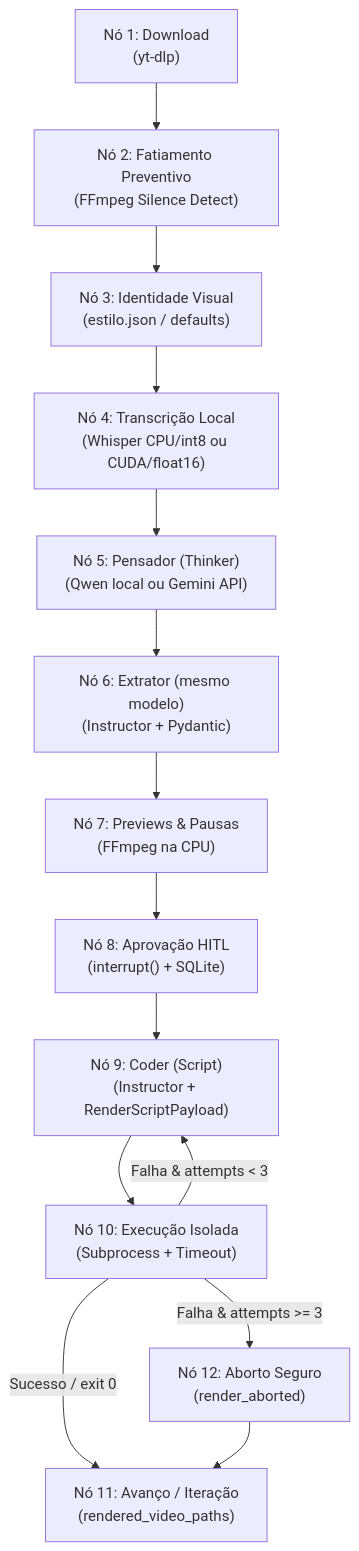
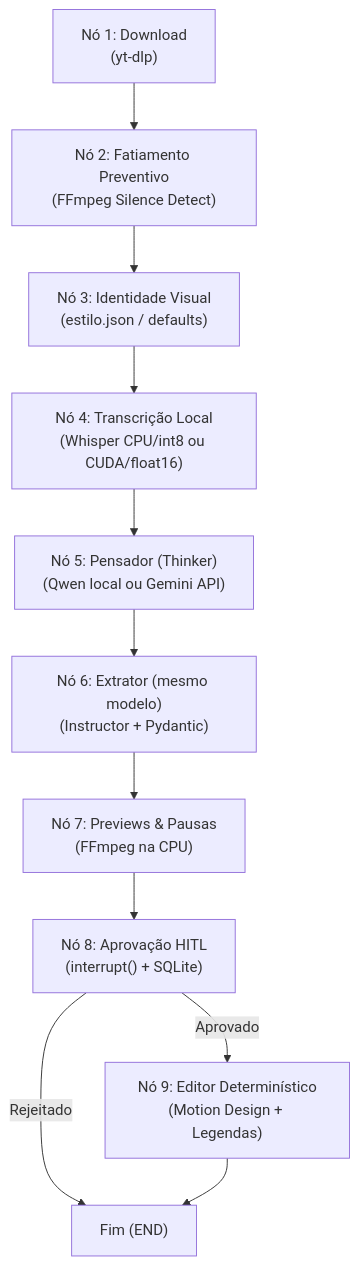
One commit to SegantinDavi/agent-clipper changed the diagram in AGENTS.md. Above: the diagram before and after it, drawn with Mermaid. The commit also changed other lines of this file and 18 other files, not shown here.

Commit message:
feat(020): restore deterministic editor engine with native motion design

````diff
--- a/AGENTS.md
+++ b/AGENTS.md
@@ -125,17 +126,14 @@
 ```mermaid
 graph TD
     Z["Nó 1: Download<br>(yt-dlp)"] --> A["Nó 2: Fatiamento Preventivo<br>(FFmpeg Silence Detect)"]
     A --> S["Nó 3: Identidade Visual<br>(estilo.json / defaults)"]
     S --> B["Nó 4: Transcrição Local<br>(Whisper CPU/int8 ou CUDA/float16)"]
     B --> C["Nó 5: Pensador (Thinker)<br>(Qwen local ou Gemini API)"]
     C --> D["Nó 6: Extrator (mesmo modelo)<br>(Instructor + Pydantic)"]
     D --> E["Nó 7: Previews & Pausas<br>(FFmpeg na CPU)"]
     E --> F["Nó 8: Aprovação HITL<br>(interrupt() + SQLite)"]
-    F --> G["Nó 9: Coder (Script)<br>(Instructor + RenderScriptPayload)"]
-    G --> H["Nó 10: Execução Isolada<br>(Subprocess + Timeout)"]
-    H -->|Sucesso / exit 0| I["Nó 11: Avanço / Iteração<br>(rendered_video_paths)"]
-    H -->|Falha & attempts < 3| G
-    H -->|Falha & attempts >= 3| J["Nó 12: Aborto Seguro<br>(render_aborted)"]
-    J --> I
+    F -->|Aprovado| G["Nó 9: Editor Determinístico<br>(Motion Design + Legendas)"]
+    F -->|Rejeitado| END_NODE["Fim (END)"]
+    G --> END_NODE
 
 ```
````
